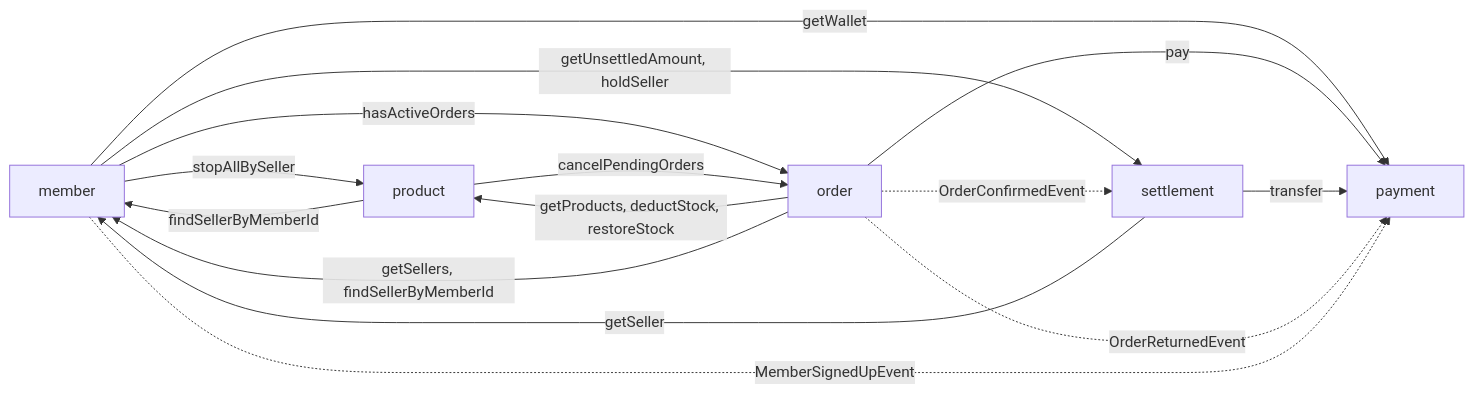
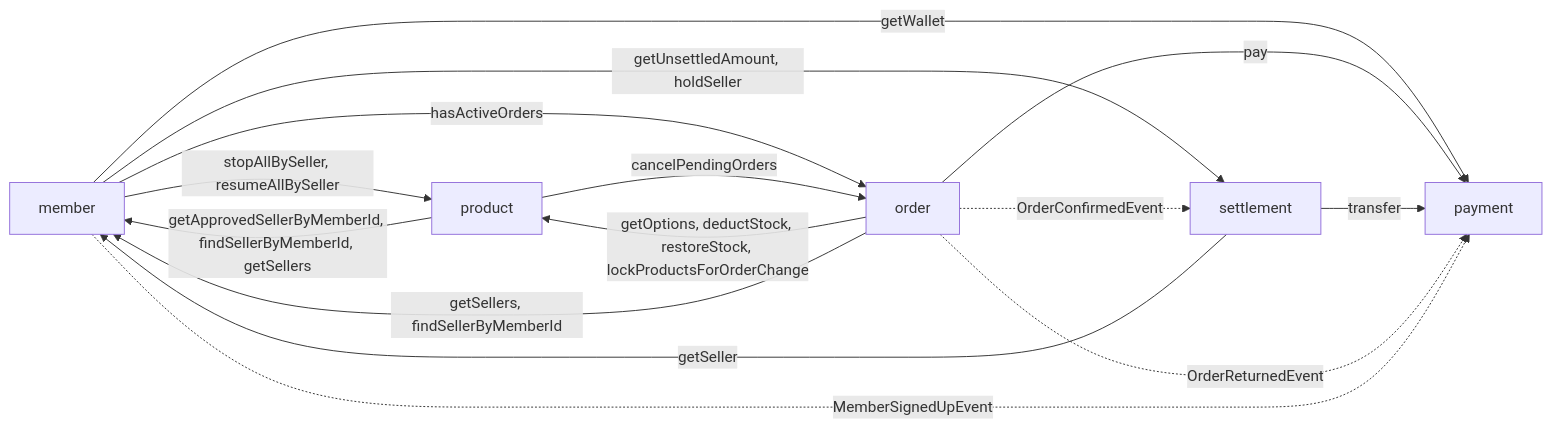
One commit to prgrms-be-adv-devcourse/beadv8_2_TRSS_BE changed the diagram in docs/palette_development_guide.md. Above: the diagram before and after it, drawn with Mermaid. The commit also changed other lines of this file and 1 other file, not shown here.

Commit message:
docs: TRSS-114 / 상품 내부 API 계약과 호출 방향을 현재 구현에 맞게 수정

````diff
--- a/docs/palette_development_guide.md
+++ b/docs/palette_development_guide.md
@@ -142,17 +142,17 @@
 ```mermaid
 flowchart LR
     member -->|getWallet| payment
-    member -->|stopAllBySeller| product
+    member -->|stopAllBySeller, resumeAllBySeller| product
     member -->|hasActiveOrders| order
     member -->|getUnsettledAmount, holdSeller| settlement
-    product -->|findSellerByMemberId| member
+    product -->|getApprovedSellerByMemberId, findSellerByMemberId, getSellers| member
     product -->|cancelPendingOrders| order
-    order -->|getProducts, deductStock, restoreStock| product
+    order -->|getOptions, deductStock, restoreStock, lockProductsForOrderChange| product
     order -->|pay| payment
     order -->|getSellers, findSellerByMemberId| member
     settlement -->|transfer| payment
     settlement -->|getSeller| member
     order -. OrderReturnedEvent .-> payment
     order -. OrderConfirmedEvent .-> settlement
     member -. MemberSignedUpEvent .-> payment
 ```
````
